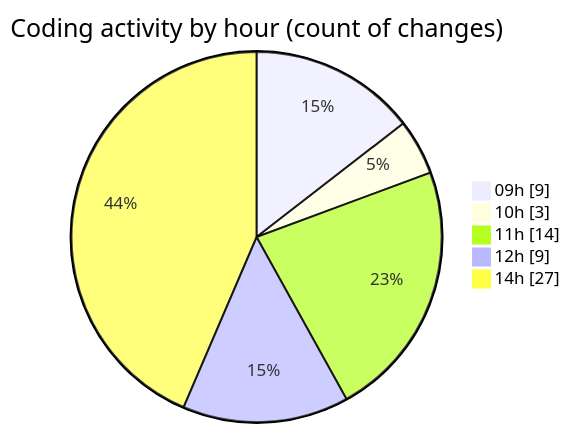
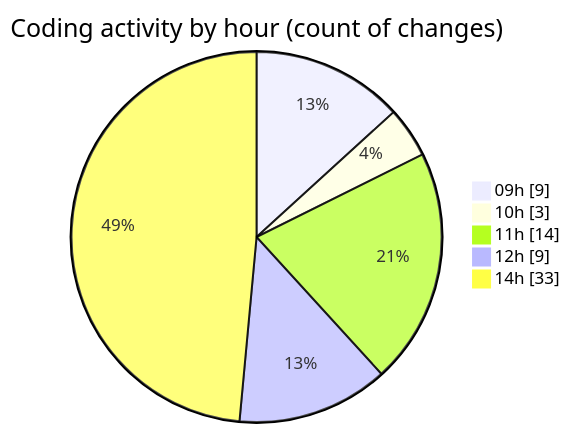
The second of 2 diagrams in 2026-08-17/cda/README.md (momahboobian/code-tracking), drawn with Mermaid before and after one commit. The commit also changed other lines of this file and 1 other file, not shown here.

````diff
--- a/2026-08-17/cda/README.md
+++ b/2026-08-17/cda/README.md
@@ -50,9 +53,9 @@
 ```mermaid
 pie showData
 title Coding activity by hour (count of changes)
 "09h" : 9
 "10h" : 3
 "11h" : 14
 "12h" : 9
-"14h" : 27
+"14h" : 33
 ```
````
